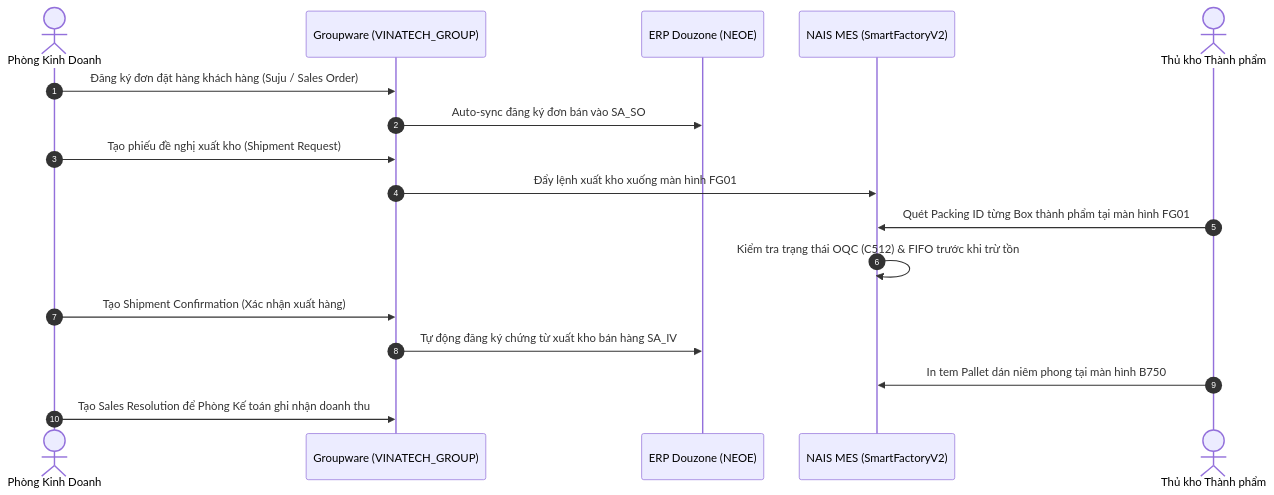
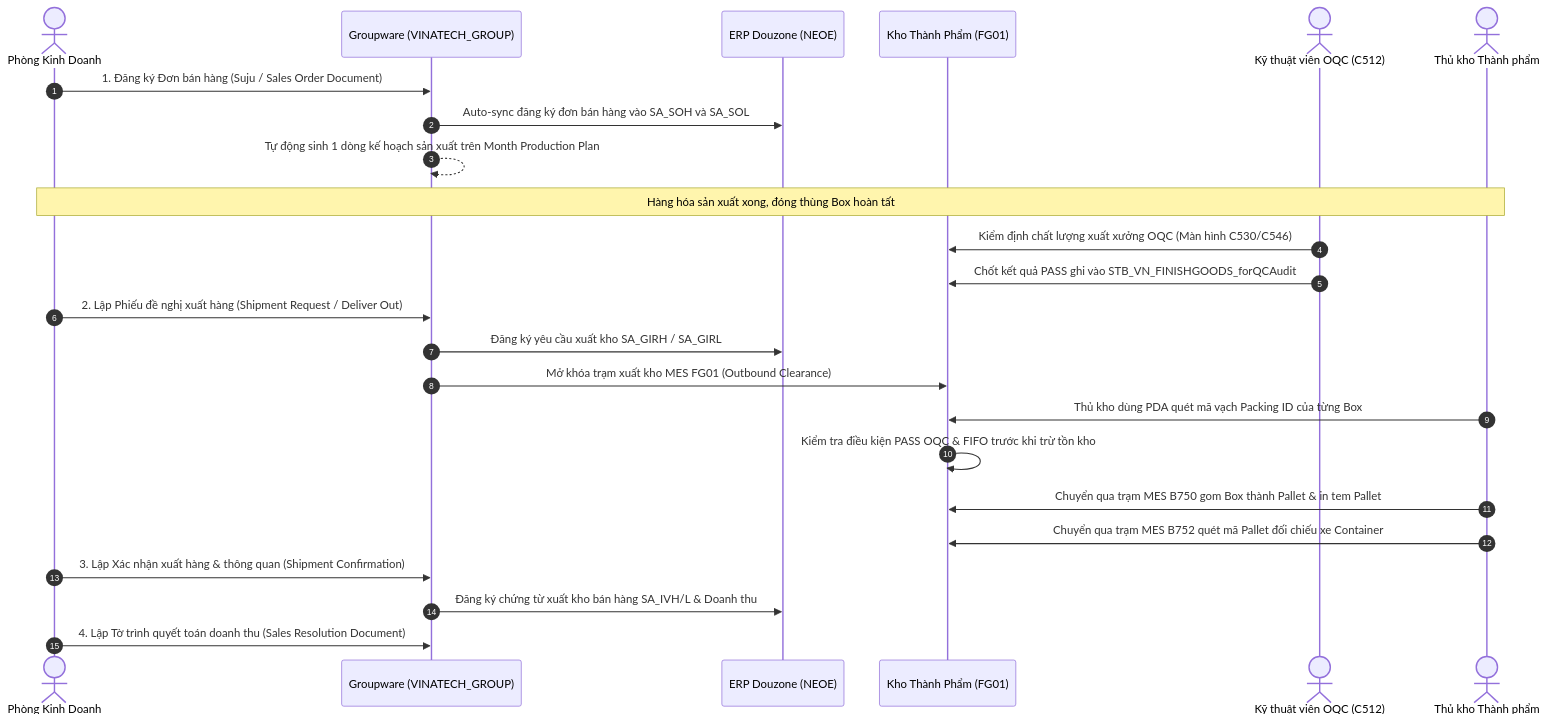
Before and after one commit to Poyken/vinatech: the fourth of 6 diagrams in PROCESS/GROUPWARE/GROUPWARE_KNOWLEDGE_BASE/GW_12_CROSS_SYSTEM_INTEGRATION_GUIDE.md, drawn with Mermaid. The commit also changed other lines of this file and 108 other files, not shown here.

````diff
--- a/PROCESS/GROUPWARE/GROUPWARE_KNOWLEDGE_BASE/GW_12_CROSS_SYSTEM_INTEGRATION_GUIDE.md
+++ b/PROCESS/GROUPWARE/GROUPWARE_KNOWLEDGE_BASE/GW_12_CROSS_SYSTEM_INTEGRATION_GUIDE.md
@@ -83,20 +243,27 @@
 ```mermaid
 sequenceDiagram
     autonumber
     actor Sales as Phòng Kinh Doanh
     participant GW as Groupware (VINATECH_GROUP)
     participant ERP as ERP Douzone (NEOE)
-    participant MES as NAIS MES (SmartFactoryV2)
+    participant MES_FG as Kho Thành Phẩm (FG01)
+    actor QC as Kỹ thuật viên OQC (C512)
     actor WMS as Thủ kho Thành phẩm
 
-    Sales->>GW: Đăng ký đơn đặt hàng khách hàng (Suju / Sales Order)
-    GW->>ERP: Auto-sync đăng ký đơn bán vào SA_SO
-    Sales->>GW: Tạo phiếu đề nghị xuất kho (Shipment Request)
-    GW->>MES: Đẩy lệnh xuất kho xuống màn hình FG01
-    WMS->>MES: Quét Packing ID từng Box thành phẩm tại màn hình FG01
-    MES->>MES: Kiểm tra trạng thái OQC (C512) & FIFO trước khi trừ tồn
-    Sales->>GW: Tạo Shipment Confirmation (Xác nhận xuất hàng)
-    GW->>ERP: Tự động đăng ký chứng từ xuất kho bán hàng SA_IV
-    WMS->>MES: In tem Pallet dán niêm phong tại màn hình B750
-    Sales->>GW: Tạo Sales Resolution để Phòng Kế toán ghi nhận doanh thu
+    Sales->>GW: 1. Đăng ký Đơn bán hàng (Suju / Sales Order Document)
+    GW->>ERP: Auto-sync đăng ký đơn bán hàng vào SA_SOH và SA_SOL
+    GW-->>GW: Tự động sinh 1 dòng kế hoạch sản xuất trên Month Production Plan
+    Note over Sales,WMS: Hàng hóa sản xuất xong, đóng thùng Box hoàn tất
+    QC->>MES_FG: Kiểm định chất lượng xuất xưởng OQC (Màn hình C530/C546)
+    QC->>MES_FG: Chốt kết quả PASS ghi vào STB_VN_FINISHGOODS_forQCAudit
+    Sales->>GW: 2. Lập Phiếu đề nghị xuất hàng (Shipment Request / Deliver Out)
+    GW->>ERP: Đăng ký yêu cầu xuất kho SA_GIRH / SA_GIRL
+    GW->>MES_FG: Mở khóa trạm xuất kho MES FG01 (Outbound Clearance)
+    WMS->>MES_FG: Thủ kho dùng PDA quét mã vạch Packing ID của từng Box
+    MES_FG->>MES_FG: Kiểm tra điều kiện PASS OQC & FIFO trước khi trừ tồn kho
+    WMS->>MES_FG: Chuyển qua trạm MES B750 gom Box thành Pallet & in tem Pallet
+    WMS->>MES_FG: Chuyển qua trạm MES B752 quét mã Pallet đối chiếu xe Container
+    Sales->>GW: 3. Lập Xác nhận xuất hàng & thông quan (Shipment Confirmation)
+    GW->>ERP: Đăng ký chứng từ xuất kho bán hàng SA_IVH/L & Doanh thu
+    Sales->>GW: 4. Lập Tờ trình quyết toán doanh thu (Sales Resolution Document)
 ```
````
